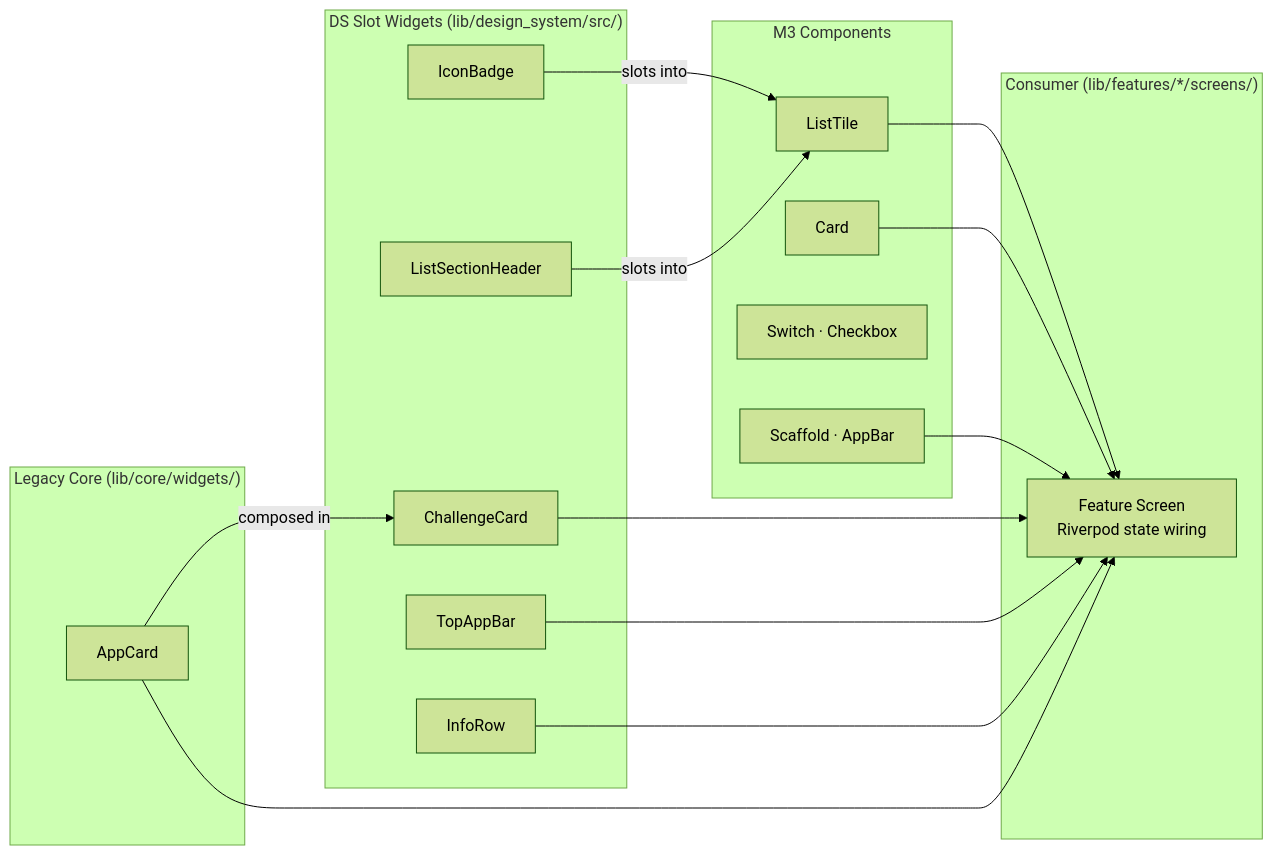
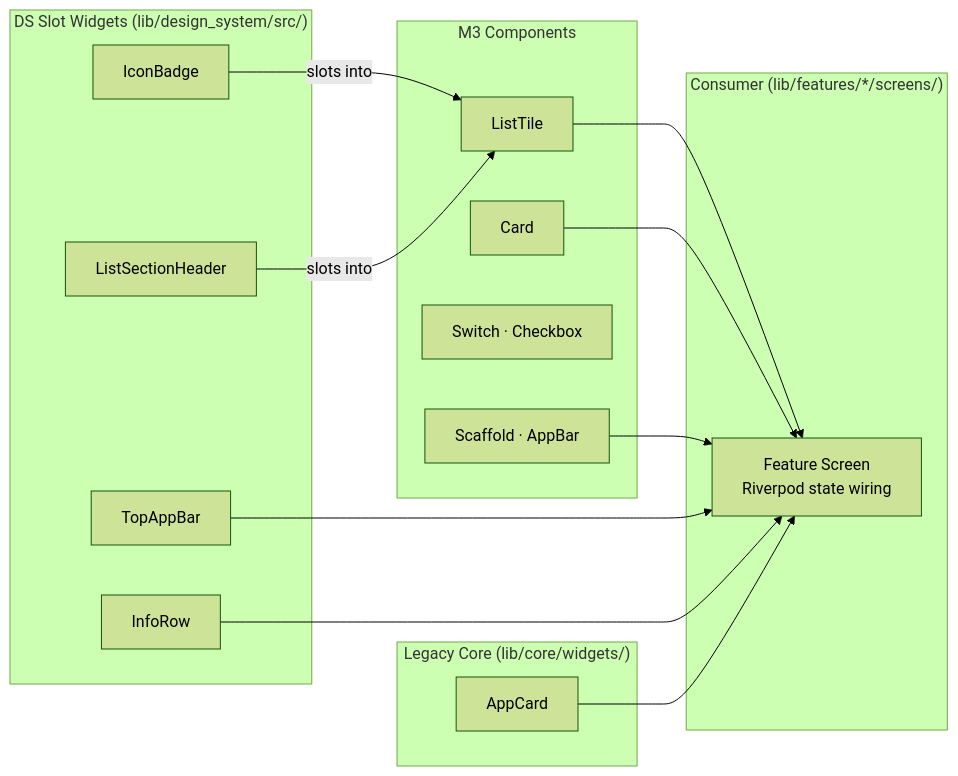
One commit to Usernode-Labs/flutter-mobile-app changed the fifth of 7 diagrams in lib/design_system/docs/AGENT_ARCHITECTURE.md. Above: the diagram before and after it, drawn with Mermaid (forest theme). The commit also changed 96 other files, not shown here.

Commit message:
refactor(app): remove native product integration graph

````diff
--- a/lib/design_system/docs/AGENT_ARCHITECTURE.md
+++ b/lib/design_system/docs/AGENT_ARCHITECTURE.md
@@ -274,38 +274,35 @@
 ```mermaid
 graph LR
     subgraph "M3 Components"
         M3_LT["ListTile"]
         M3_CARD["Card"]
         M3_SW["Switch · Checkbox"]
         M3_SC["Scaffold · AppBar"]
     end
 
     subgraph "DS Slot Widgets (lib/design_system/src/)"
         DS_IB["IconBadge"]
         DS_IR["InfoRow"]
         DS_LSH["ListSectionHeader"]
-        DS_CC["ChallengeCard"]
         DS_TAB["TopAppBar"]
     end
 
     subgraph "Legacy Core (lib/core/widgets/)"
         CORE_CARD["AppCard"]
     end
 
     subgraph "Consumer (lib/features/*/screens/)"
         SCREEN["Feature Screen\nRiverpod state wiring"]
     end
 
     DS_IB -->|"slots into"| M3_LT
     DS_LSH -->|"slots into"| M3_LT
 
     M3_LT --> SCREEN
     M3_CARD --> SCREEN
     M3_SC --> SCREEN
-    DS_CC --> SCREEN
     DS_TAB --> SCREEN
     DS_IR --> SCREEN
     CORE_CARD --> SCREEN
 
-    CORE_CARD -->|"composed in"| DS_CC
 ```
````
